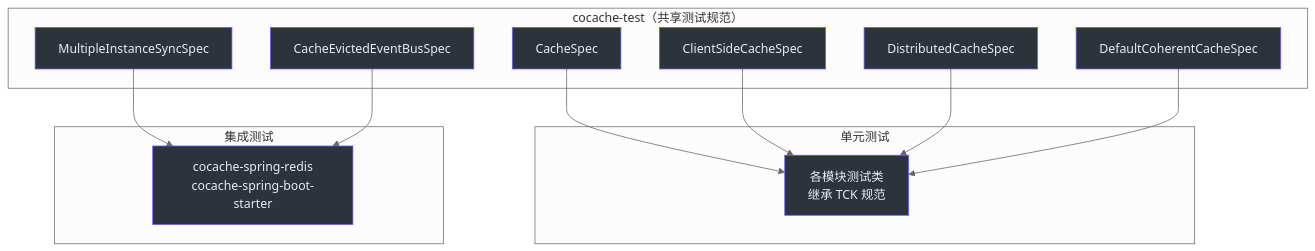
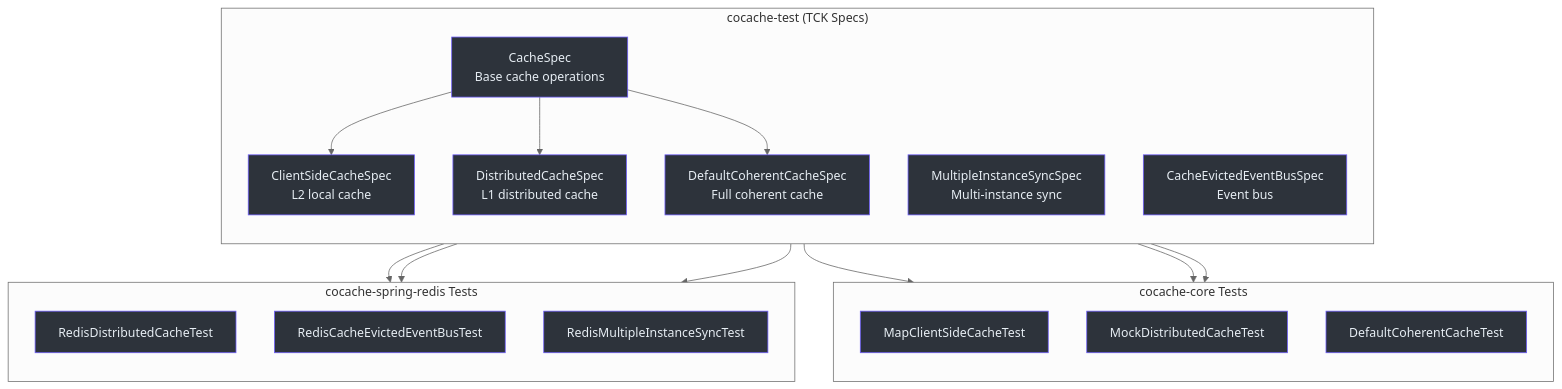
Before and after one commit to Ahoo-Wang/CoCache: the second of 3 diagrams in wiki/zh/testing/index.md, drawn with Mermaid (neutral theme). The commit also changed other lines of this file and 25 other files, not shown here.

````diff
--- a/wiki/zh/testing/index.md
+++ b/wiki/zh/testing/index.md
@@ -12,35 +141,49 @@
 ```mermaid
 graph TB
-    subgraph sg_129 ["cocache-test（共享测试规范）"]
-        CS["CacheSpec"]
-        CSCS["ClientSideCacheSpec"]
-        DCS["DistributedCacheSpec"]
-        DCCS["DefaultCoherentCacheSpec"]
-        MISS["MultipleInstanceSyncSpec"]
-        CEBS["CacheEvictedEventBusSpec"]
+    subgraph sg_82 ["cocache-test (TCK Specs)"]
+        direction TB
+        CacheSpec["CacheSpec<br>Base cache operations"]
+        CSCSpec["ClientSideCacheSpec<br>L2 local cache"]
+        DCSpec["DistributedCacheSpec<br>L1 distributed cache"]
+        CoherentSpec["DefaultCoherentCacheSpec<br>Full coherent cache"]
+        MISpec["MultipleInstanceSyncSpec<br>Multi-instance sync"]
+        EBSpec["CacheEvictedEventBusSpec<br>Event bus"]
     end
 
-    subgraph sg_130 ["单元测试"]
-        UT["各模块测试类<br>继承 TCK 规范"]
+    subgraph sg_83 ["cocache-core Tests"]
+        direction TB
+        MapTest["MapClientSideCacheTest"]
+        MockDCTest["MockDistributedCacheTest"]
+        CoherentTest["DefaultCoherentCacheTest"]
     end
 
-    subgraph sg_131 ["集成测试"]
-        IT["cocache-spring-redis<br>cocache-spring-boot-starter"]
+    subgraph sg_84 ["cocache-spring-redis Tests"]
+        direction TB
+        RedisDCTest["RedisDistributedCacheTest"]
+        RedisEBTest["RedisCacheEvictedEventBusTest"]
+        SyncTest["RedisMultipleInstanceSyncTest"]
     end
 
-    CS --> UT
-    CSCS --> UT
-    DCS --> UT
-    DCCS --> UT
-    MISS --> IT
-    CEBS --> IT
+    CacheSpec --> CSCSpec
+    CacheSpec --> DCSpec
+    CacheSpec --> CoherentSpec
+    CSCSpec --> MapTest
+    DCSpec --> MockDCTest
+    CoherentSpec --> CoherentTest
+    DCSpec --> RedisDCTest
+    EBSpec --> RedisEBTest
+    MISpec --> SyncTest
 
-    style CS fill:#2d333b,stroke:#6d5dfc,color:#e6edf3
-    style CSCS fill:#2d333b,stroke:#6d5dfc,color:#e6edf3
-    style DCS fill:#2d333b,stroke:#6d5dfc,color:#e6edf3
-    style DCCS fill:#2d333b,stroke:#6d5dfc,color:#e6edf3
-    style MISS fill:#2d333b,stroke:#6d5dfc,color:#e6edf3
-    style CEBS fill:#2d333b,stroke:#6d5dfc,color:#e6edf3
-    style UT fill:#2d333b,stroke:#6d5dfc,color:#e6edf3
-    style IT fill:#2d333b,stroke:#6d5dfc,color:#e6edf3
+    style CacheSpec fill:#2d333b,stroke:#6d5dfc,color:#e6edf3
+    style CSCSpec fill:#2d333b,stroke:#6d5dfc,color:#e6edf3
+    style DCSpec fill:#2d333b,stroke:#6d5dfc,color:#e6edf3
+    style CoherentSpec fill:#2d333b,stroke:#6d5dfc,color:#e6edf3
+    style MISpec fill:#2d333b,stroke:#6d5dfc,color:#e6edf3
+    style EBSpec fill:#2d333b,stroke:#6d5dfc,color:#e6edf3
+    style MapTest fill:#2d333b,stroke:#6d5dfc,color:#e6edf3
+    style MockDCTest fill:#2d333b,stroke:#6d5dfc,color:#e6edf3
+    style CoherentTest fill:#2d333b,stroke:#6d5dfc,color:#e6edf3
+    style RedisDCTest fill:#2d333b,stroke:#6d5dfc,color:#e6edf3
+    style RedisEBTest fill:#2d333b,stroke:#6d5dfc,color:#e6edf3
+    style SyncTest fill:#2d333b,stroke:#6d5dfc,color:#e6edf3
 ```
````
